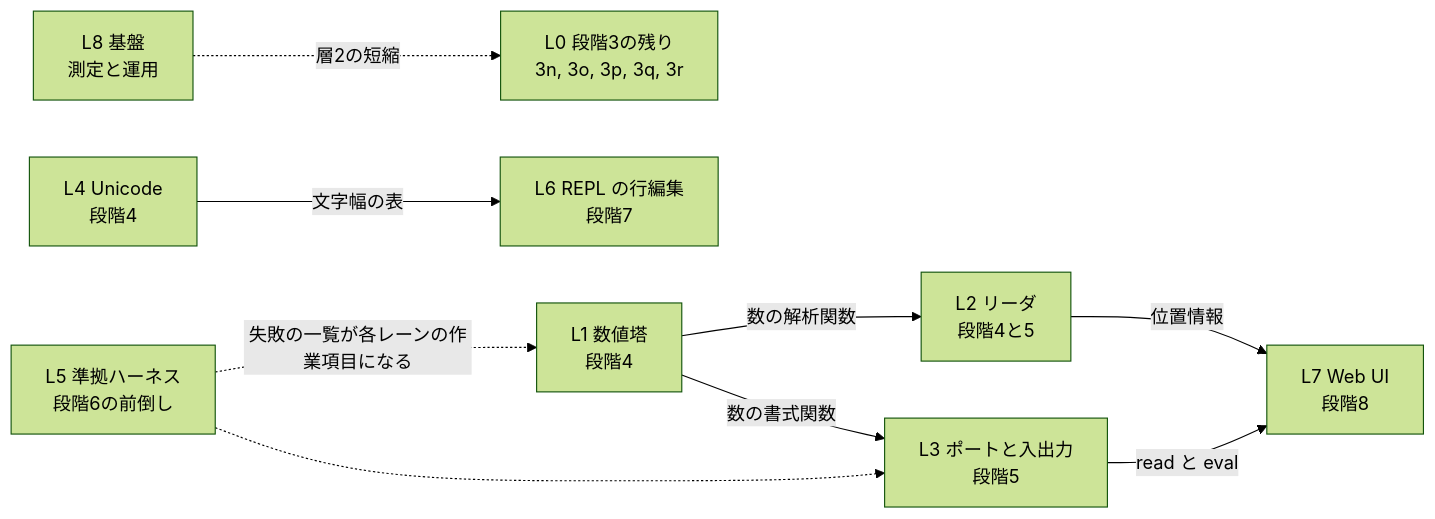
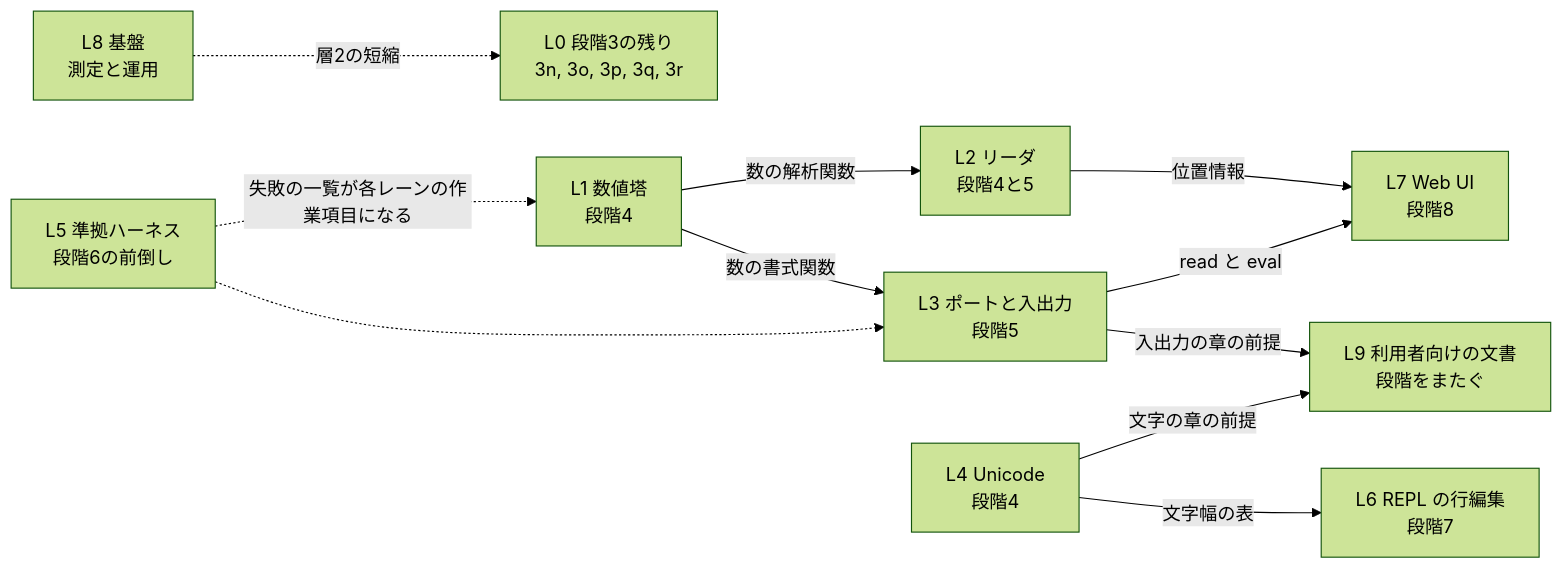
One commit to suchi/sucheme-zig changed the first of 2 diagrams in docs/plans/0017-parallel-lanes.md. Above: the diagram before and after it, drawn with Mermaid (forest theme). The commit also changed other lines of this file and 2 other files, not shown here.

Commit message:
docs: record the agreement on plan 0027 and slice D1
計画書 0027 の状態を合意済みにし、D1 の進捗を書いた。0017 のレーンの表と図に L9 を足し、roadmap の検査の項目にチェックを入れた。

Claude-Session: https://claude.ai/code/session_01PfjZi1sHvdr8XBrFv4SgYJ

````diff
--- a/docs/plans/0017-parallel-lanes.md
+++ b/docs/plans/0017-parallel-lanes.md
@@ -36,20 +36,23 @@
 ```mermaid
 flowchart LR
     L0["L0 段階3の残り<br/>3n, 3o, 3p, 3q, 3r"]
     L1["L1 数値塔<br/>段階4"]
     L2["L2 リーダ<br/>段階4と5"]
     L3["L3 ポートと入出力<br/>段階5"]
     L4["L4 Unicode<br/>段階4"]
     L5["L5 準拠ハーネス<br/>段階6の前倒し"]
     L6["L6 REPL の行編集<br/>段階7"]
     L7["L7 Web UI<br/>段階8"]
     L8["L8 基盤<br/>測定と運用"]
+    L9["L9 利用者向けの文書<br/>段階をまたぐ"]
     L1 -->|"数の解析関数"| L2
     L1 -->|"数の書式関数"| L3
     L4 -->|"文字幅の表"| L6
     L2 -->|"位置情報"| L7
     L3 -->|"read と eval"| L7
     L5 -.->|"失敗の一覧が各レーンの作業項目になる"| L1
     L5 -.-> L3
     L8 -.->|"層2の短縮"| L0
+    L3 -->|"入出力の章の前提"| L9
+    L4 -->|"文字の章の前提"| L9
 ```
````
